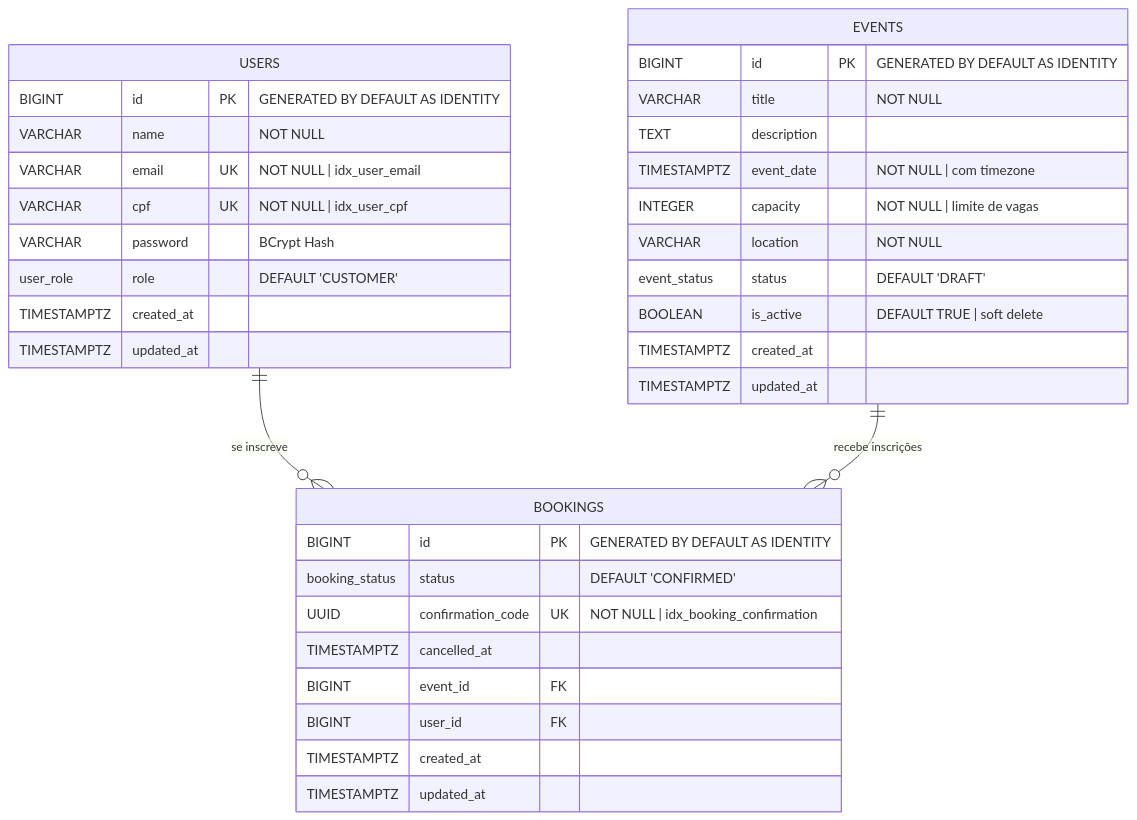
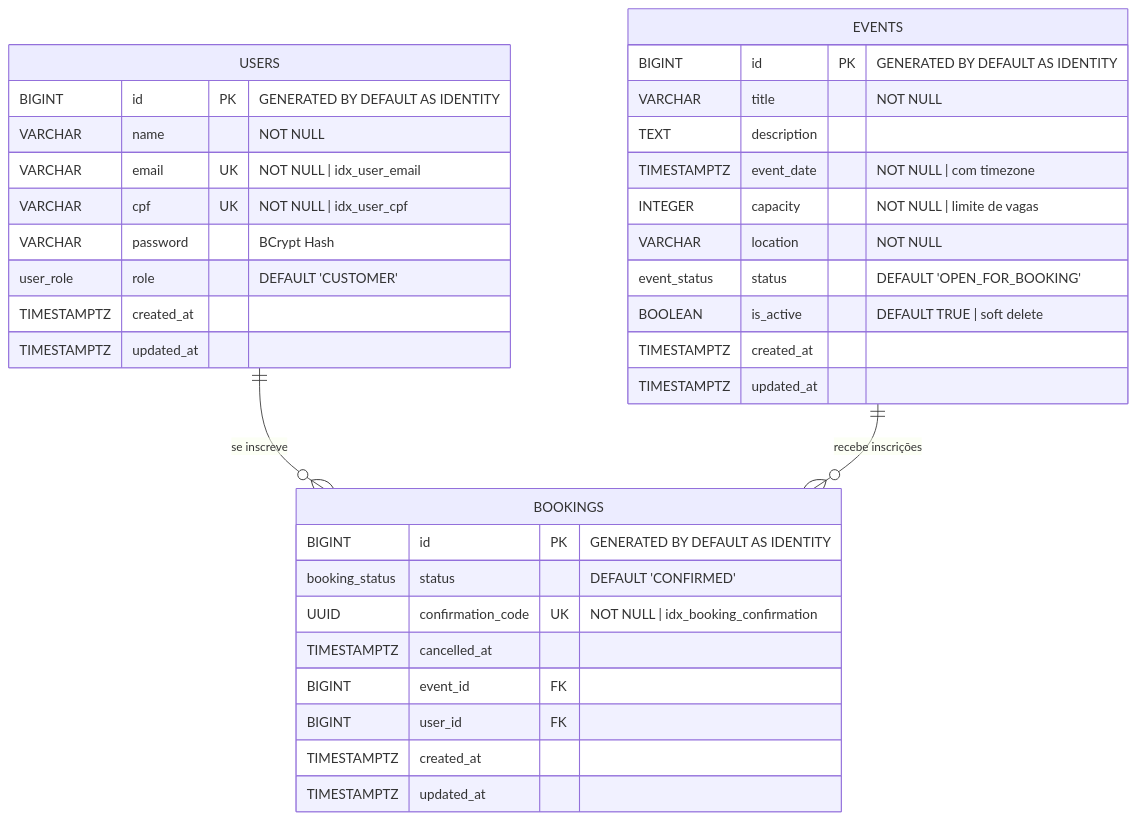
One commit to mateus-f/confirmed-seat-api changed the diagram in README.md. Above: the diagram before and after it, drawn with Mermaid. The commit also changed other lines of this file and 5 other files, not shown here.

````diff
--- a/README.md
+++ b/README.md
@@ -57,40 +57,40 @@
 ```mermaid
 erDiagram
     USERS {
         BIGINT      id                  PK  "GENERATED BY DEFAULT AS IDENTITY"
         VARCHAR     name                    "NOT NULL"
         VARCHAR     email               UK  "NOT NULL | idx_user_email"
         VARCHAR     cpf                 UK  "NOT NULL | idx_user_cpf"
         VARCHAR     password                "BCrypt Hash"
         user_role   role                    "DEFAULT 'CUSTOMER'"
         TIMESTAMPTZ created_at
         TIMESTAMPTZ updated_at
     }
  
     EVENTS {
         BIGINT       id                 PK  "GENERATED BY DEFAULT AS IDENTITY"
         VARCHAR      title                  "NOT NULL"
         TEXT         description
         TIMESTAMPTZ  event_date             "NOT NULL | com timezone"
         INTEGER      capacity               "NOT NULL | limite de vagas"
         VARCHAR      location               "NOT NULL"
-        event_status status                 "DEFAULT 'DRAFT'"
+        event_status status                 "DEFAULT 'OPEN_FOR_BOOKING'"
         BOOLEAN      is_active              "DEFAULT TRUE | soft delete"
         TIMESTAMPTZ  created_at
         TIMESTAMPTZ  updated_at
     }
  
     BOOKINGS {
         BIGINT          id                  PK  "GENERATED BY DEFAULT AS IDENTITY"
         booking_status  status                  "DEFAULT 'CONFIRMED'"
         UUID            confirmation_code   UK  "NOT NULL | idx_booking_confirmation"
         TIMESTAMPTZ     cancelled_at
         BIGINT          event_id            FK
         BIGINT          user_id             FK
         TIMESTAMPTZ     created_at
         TIMESTAMPTZ     updated_at
     }
  
     USERS  ||--o{ BOOKINGS : "se inscreve"
     EVENTS ||--o{ BOOKINGS : "recebe inscrições"
 ```
````
